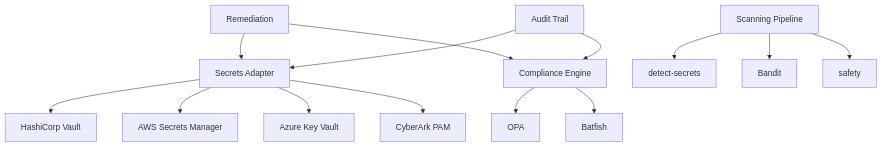
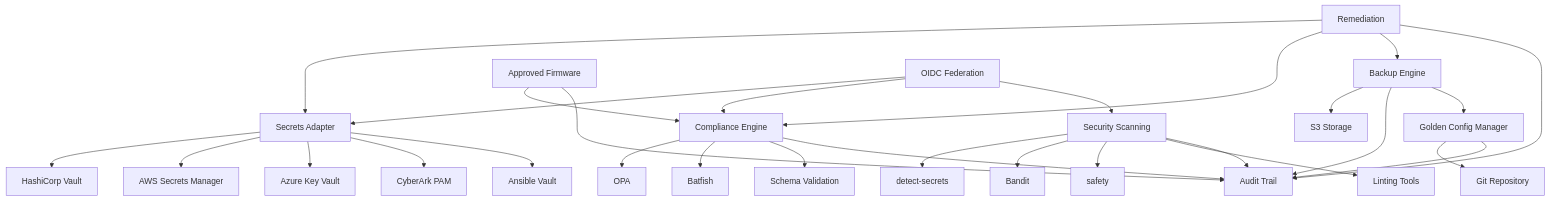
Before and after one commit to shakthi-vinayak/network-automation: the ninth of 9 diagrams in .qoder/repowiki/en/content/Architecture & Design/Security & Compliance Architecture.md, drawn with Mermaid. The commit also changed other lines of this file and 144 other files, not shown here.

````diff
--- a/.qoder/repowiki/en/content/Architecture & Design/Security & Compliance Architecture.md
+++ b/.qoder/repowiki/en/content/Architecture & Design/Security & Compliance Architecture.md
@@ -416,16 +478,31 @@
 ```mermaid
 graph TB
 SA["Secrets Adapter"] --> HV["HashiCorp Vault"]
 SA --> ASM["AWS Secrets Manager"]
 SA --> AKV["Azure Key Vault"]
 SA --> CAPAM["CyberArk PAM"]
-CE["Compliance Engine"] --> OPA["OPA"]
+SA --> AV["Ansible Vault"]
+BE["Backup Engine"] --> S3["S3 Storage"]
+BE --> AT["Audit Trail"]
+BE --> GC["Golden Config Manager"]
+GC --> Git["Git Repository"]
+GC --> AT
+AF["Approved Firmware"] --> CE["Compliance Engine"]
+AF --> AT
+CE --> OPA["OPA"]
 CE --> BF["Batfish"]
-SSP["Scanning Pipeline"] --> DS["detect-secrets"]
+CE --> SC["Schema Validation"]
+CE --> AT
+SSP["Security Scanning"] --> DS["detect-secrets"]
 SSP --> BND["Bandit"]
 SSP --> SAF["safety"]
+SSP --> LINT["Linting Tools"]
+SSP --> AT
 ARW["Remediation"] --> SA
 ARW --> CE
-AT["Audit Trail"] --> CE
-AT --> SA
+ARW --> BE
+ARW --> AT
+OIDC["OIDC Federation"] --> SA
+OIDC --> CE
+OIDC --> SSP
 ```
````
